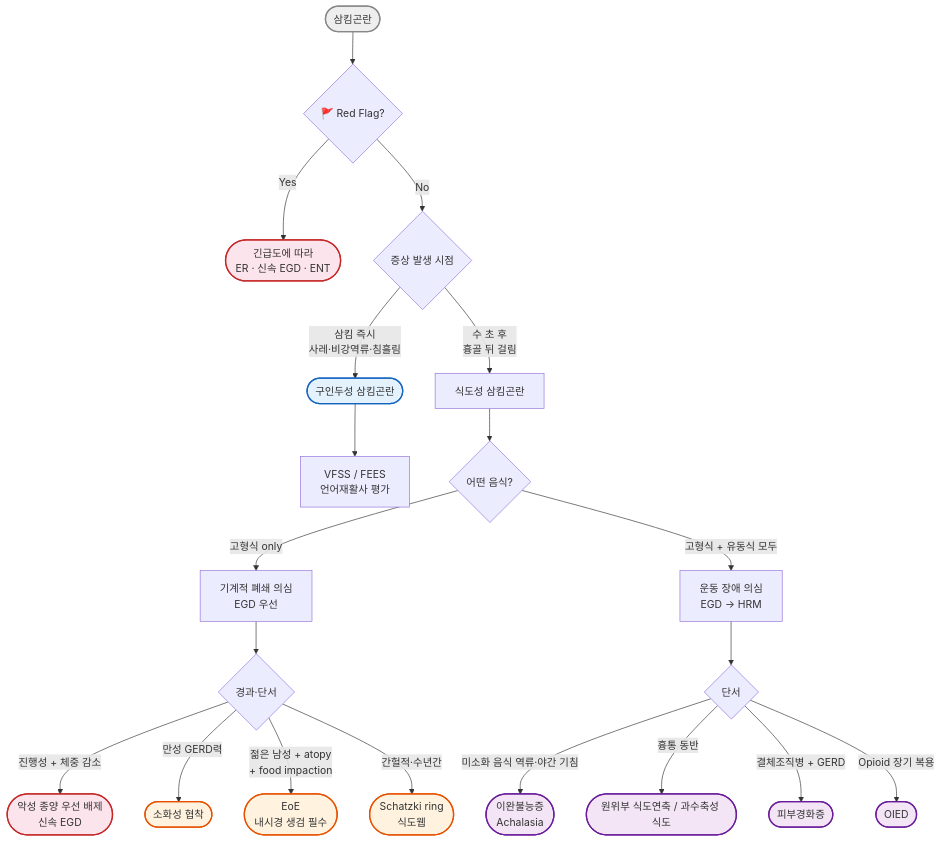
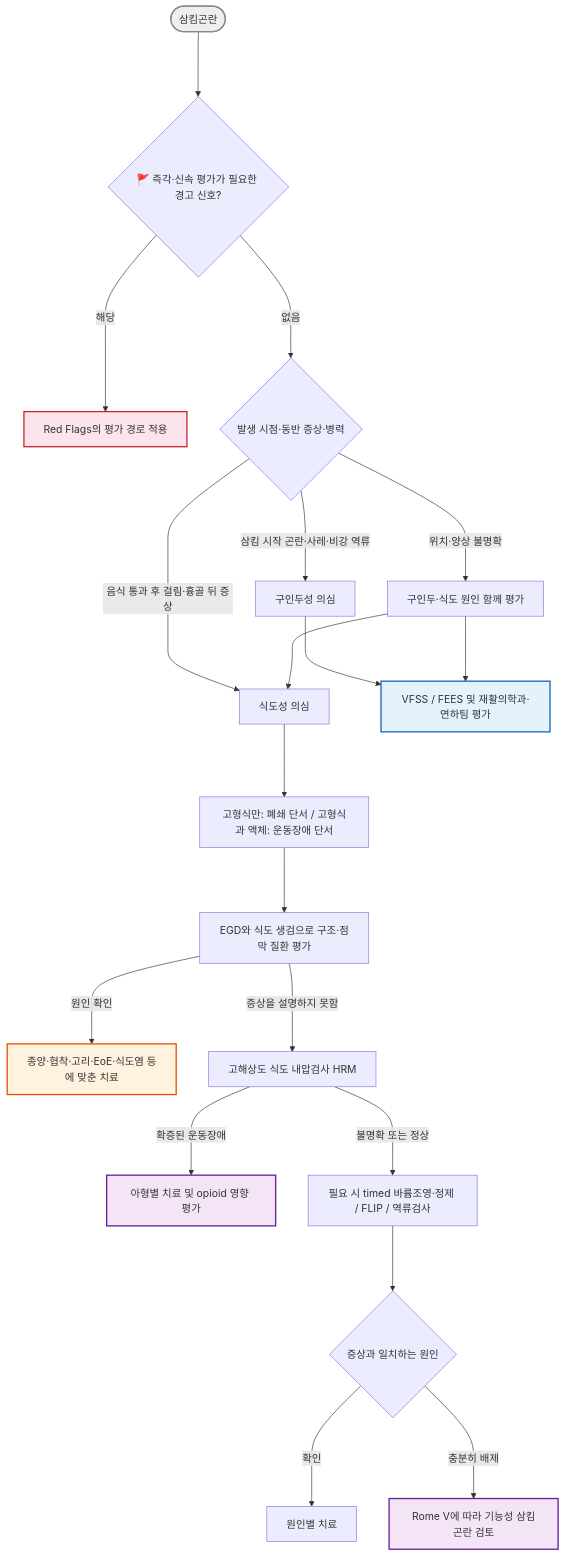
Before and after one commit to familyoh77/familyoh77: the diagram in 224_/077_-dysphagia.md, drawn with Mermaid. The commit also changed other lines of this file and 8 other files, not shown here.

````diff
--- a/224_/077_-dysphagia.md
+++ b/224_/077_-dysphagia.md
@@ -190,39 +206,27 @@
 ```mermaid
 flowchart TD
-    A([삼킴곤란]) --> B{🚩 Red Flag?}
-    B -->|Yes| C([긴급도에 따라<br/>ER · 신속 EGD · ENT])
-
-    B -->|No| D{증상 발생 시점}
-
-    D -->|삼킴 즉시<br/>사레·비강역류·침흘림| E([구인두성 삼킴곤란])
-    E --> F[VFSS / FEES<br/>언어재활사 평가]
-
-    D -->|수 초 후<br/>흉골 뒤 걸림| G[식도성 삼킴곤란]
-    G --> H{어떤 음식?}
-
-    H -->|고형식 only| I[기계적 폐쇄 의심<br/>EGD 우선]
-    I --> J{경과·단서}
-    J -->|진행성 + 체중 감소| K([악성 종양 우선 배제<br/>신속 EGD])
-    J -->|만성 GERD력| L([소화성 협착])
-    J -->|젊은 남성 + atopy<br/>+ food impaction| M([EoE<br/>내시경 생검 필수])
-    J -->|간헐적·수년간| N([Schatzki ring<br/>식도웹])
-
-    H -->|고형식 + 유동식 모두| O[운동 장애 의심<br/>EGD → HRM]
-    O --> P{단서}
-    P -->|미소화 음식 역류·야간 기침| Q([이완불능증<br/>Achalasia])
-    P -->|흉통 동반| R([원위부 식도연축 / 과수축성 식도])
-    P -->|결체조직병 + GERD| S([피부경화증])
-    P -->|Opioid 장기 복용| T([OIED])
-
+    A([삼킴곤란]) ---> B{🚩 즉각·신속 평가가 필요한 경고 신호?}
+    B --->|해당| C[Red Flags의 평가 경로 적용]
+    B --->|없음| D{발생 시점·동반 증상·병력}
+    D --->|삼킴 시작 곤란·사레·비강 역류| E[구인두성 의심]
+    D --->|음식 통과 후 걸림·흉골 뒤 증상| F[식도성 의심]
+    D --->|위치·양상 불명확| G[구인두·식도 원인 함께 평가]
+    E ---> H[VFSS / FEES 및 재활의학과·연하팀 평가]
+    G ---> H
+    G ---> F
+    F ---> I[고형식만: 폐쇄 단서 / 고형식과 액체: 운동장애 단서]
+    I ---> J[EGD와 식도 생검으로 구조·점막 질환 평가]
+    J --->|원인 확인| K[종양·협착·고리·EoE·식도염 등에 맞춘 치료]
+    J --->|증상을 설명하지 못함| L[고해상도 식도 내압검사 HRM]
+    L --->|확증된 운동장애| M[아형별 치료 및 opioid 영향 평가]
+    L --->|불명확 또는 정상| N[필요 시 timed 바륨조영·정제 / FLIP / 역류검사]
+    N ---> O{증상과 일치하는 원인}
+    O --->|확인| P[원인별 치료]
+    O --->|충분히 배제| Q[Rome V에 따라 기능성 삼킴곤란 검토]
     style A fill:#eeeeee,stroke:#888888,stroke-width:2px
     style C fill:#fce4ec,stroke:#c62828,stroke-width:2px
-    style E fill:#e3f2fd,stroke:#1565c0,stroke-width:2px
-    style K fill:#fce4ec,stroke:#c62828,stroke-width:2px
-    style L fill:#fff3e0,stroke:#e65100,stroke-width:2px
-    style M fill:#fff3e0,stroke:#e65100,stroke-width:2px
-    style N fill:#fff3e0,stroke:#e65100,stroke-width:2px
+    style H fill:#e3f2fd,stroke:#1565c0,stroke-width:2px
+    style K fill:#fff3e0,stroke:#e65100,stroke-width:2px
+    style M fill:#f3e5f5,stroke:#6a1b9a,stroke-width:2px
     style Q fill:#f3e5f5,stroke:#6a1b9a,stroke-width:2px
-    style R fill:#f3e5f5,stroke:#6a1b9a,stroke-width:2px
-    style S fill:#f3e5f5,stroke:#6a1b9a,stroke-width:2px
-    style T fill:#f3e5f5,stroke:#6a1b9a,stroke-width:2px
 ```
````
